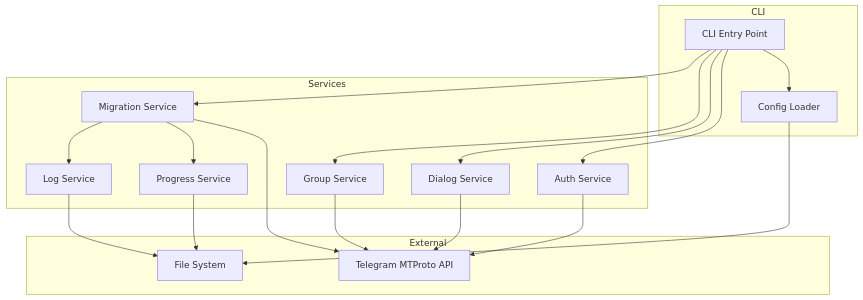
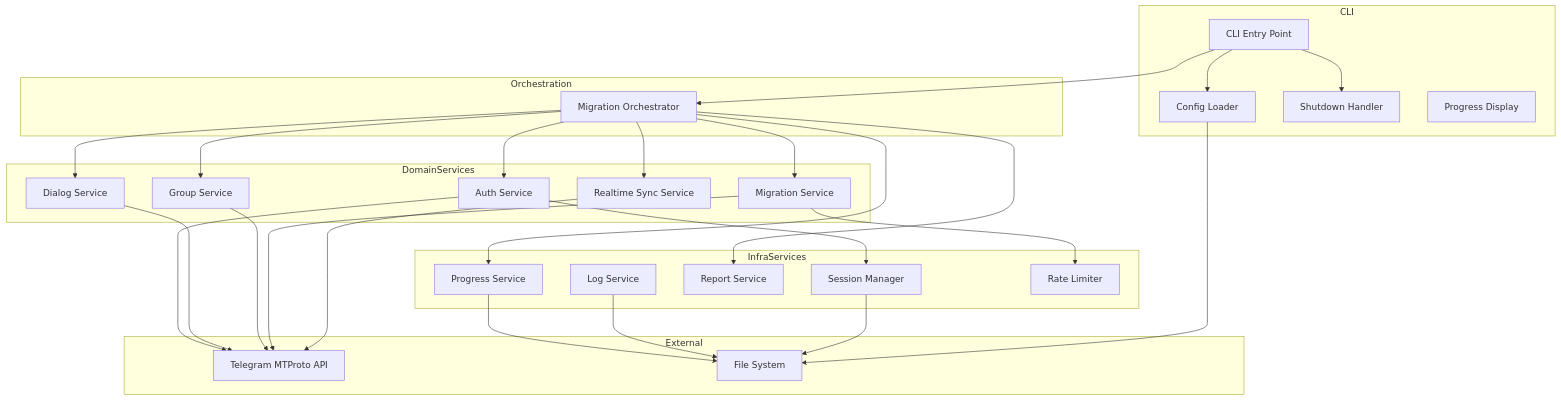
One commit to osmanthustonx/telegram-message-migration changed the first of 6 diagrams in .kiro/specs/telegram-message-migration/design.md. Above: the diagram before and after it, drawn with Mermaid. The commit also changed other lines of this file and 3 other files, not shown here.

````diff
--- a/.kiro/specs/telegram-message-migration/design.md
+++ b/.kiro/specs/telegram-message-migration/design.md
@@ -32,39 +34,59 @@
 ```mermaid
 graph TB
     subgraph CLI
         Main[CLI Entry Point]
         Config[Config Loader]
+        ShutdownHandler[Shutdown Handler]
+        ProgressDisplay[Progress Display]
     end
 
-    subgraph Services
+    subgraph Orchestration
+        Orchestrator[Migration Orchestrator]
+    end
+
+    subgraph DomainServices
         AuthService[Auth Service]
         DialogService[Dialog Service]
         GroupService[Group Service]
         MigrationService[Migration Service]
+        RealtimeSyncService[Realtime Sync Service]
+    end
+
+    subgraph InfraServices
         ProgressService[Progress Service]
         LogService[Log Service]
+        ReportService[Report Service]
+        SessionManager[Session Manager]
+        RateLimiter[Rate Limiter]
     end
 
     subgraph External
         TelegramAPI[Telegram MTProto API]
         FileSystem[File System]
     end
 
     Main --> Config
-    Main --> AuthService
-    Main --> DialogService
-    Main --> GroupService
-    Main --> MigrationService
+    Main --> Orchestrator
+    Main --> ShutdownHandler
+
+    Orchestrator --> AuthService
+    Orchestrator --> DialogService
+    Orchestrator --> GroupService
+    Orchestrator --> MigrationService
+    Orchestrator --> RealtimeSyncService
+    Orchestrator --> ProgressService
+    Orchestrator --> ReportService
 
     AuthService --> TelegramAPI
+    AuthService --> SessionManager
     DialogService --> TelegramAPI
     GroupService --> TelegramAPI
     MigrationService --> TelegramAPI
-
-    MigrationService --> ProgressService
-    MigrationService --> LogService
+    MigrationService --> RateLimiter
+    RealtimeSyncService --> TelegramAPI
 
     ProgressService --> FileSystem
     LogService --> FileSystem
+    SessionManager --> FileSystem
     Config --> FileSystem
 ```
````
